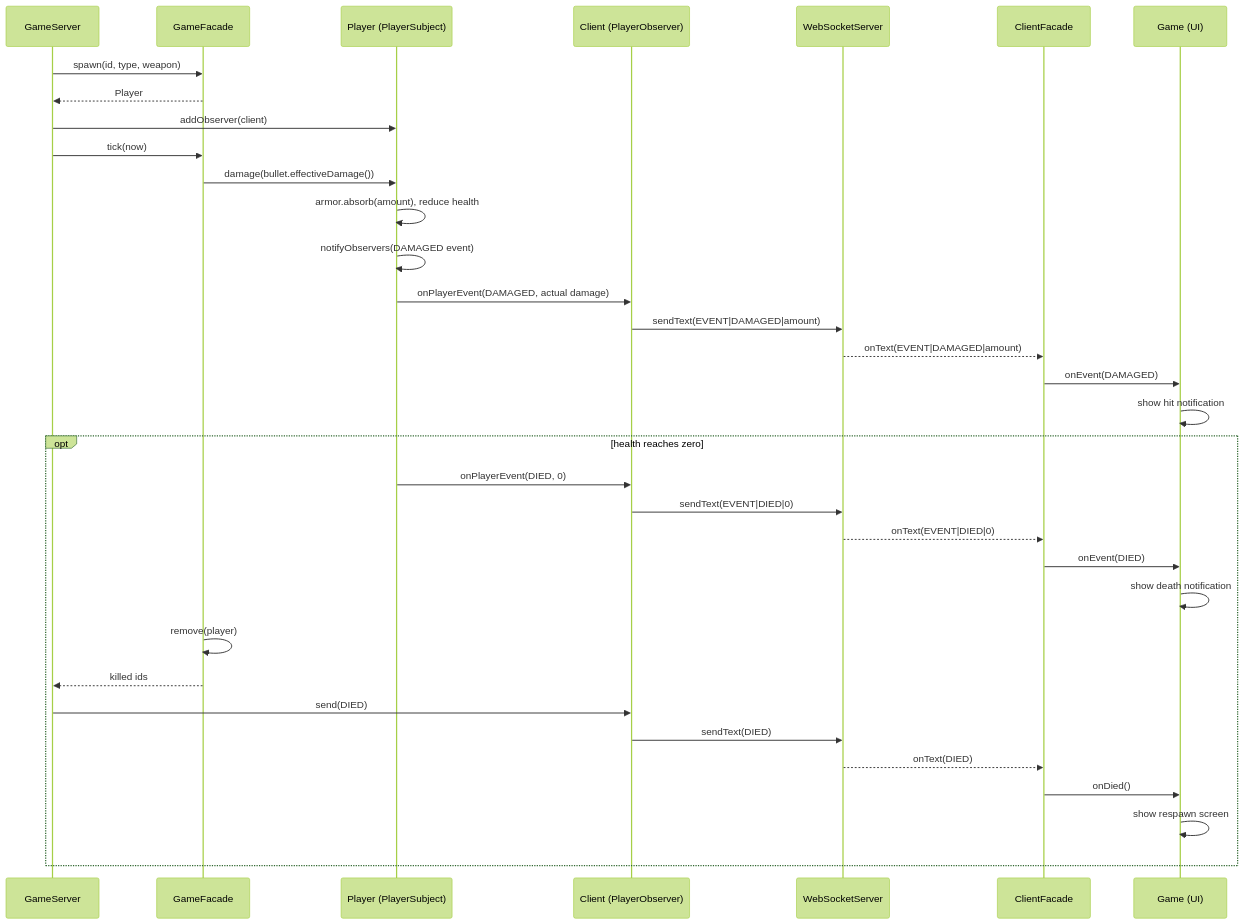
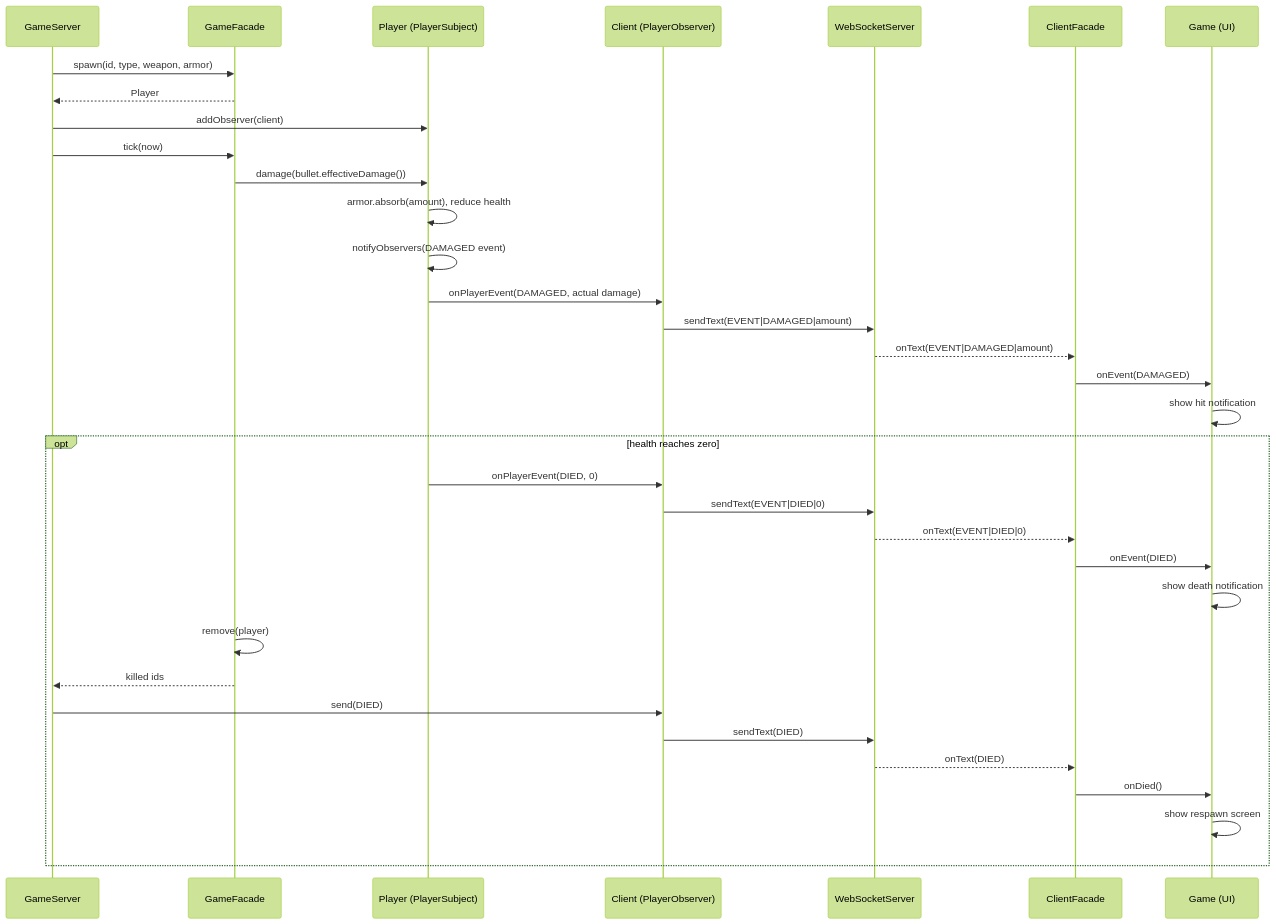
One commit to roradvilas/Opp_Shooter changed the first of 2 diagrams in DESIGN_PATTERNS.md. Above: the diagram before and after it, drawn with Mermaid (forest theme). The commit also changed other lines of this file and 36 other files, not shown here.

````diff
--- a/DESIGN_PATTERNS.md
+++ b/DESIGN_PATTERNS.md
@@ -258,36 +342,36 @@
 ```mermaid
 sequenceDiagram
     participant Server as GameServer
     participant Facade as GameFacade
     participant Subject as Player (PlayerSubject)
     participant Observer as Client (PlayerObserver)
     participant Socket as WebSocketServer
     participant CF as ClientFacade
     participant HUD as Game (UI)
-    Server->>Facade: spawn(id, type, weapon)
+    Server->>Facade: spawn(id, type, weapon, armor)
     Facade-->>Server: Player
     Server->>Subject: addObserver(client)
     Server->>Facade: tick(now)
     Facade->>Subject: damage(bullet.effectiveDamage())
     Subject->>Subject: armor.absorb(amount), reduce health
     Subject->>Subject: notifyObservers(DAMAGED event)
     Subject->>Observer: onPlayerEvent(DAMAGED, actual damage)
     Observer->>Socket: sendText(EVENT|DAMAGED|amount)
     Socket-->>CF: onText(EVENT|DAMAGED|amount)
     CF->>HUD: onEvent(DAMAGED)
     HUD->>HUD: show hit notification
     opt health reaches zero
         Subject->>Observer: onPlayerEvent(DIED, 0)
         Observer->>Socket: sendText(EVENT|DIED|0)
         Socket-->>CF: onText(EVENT|DIED|0)
         CF->>HUD: onEvent(DIED)
         HUD->>HUD: show death notification
         Facade->>Facade: remove(player)
         Facade-->>Server: killed ids
         Server->>Observer: send(DIED)
         Observer->>Socket: sendText(DIED)
         Socket-->>CF: onText(DIED)
         CF->>HUD: onDied()
         HUD->>HUD: show respawn screen
     end
 ```
````
